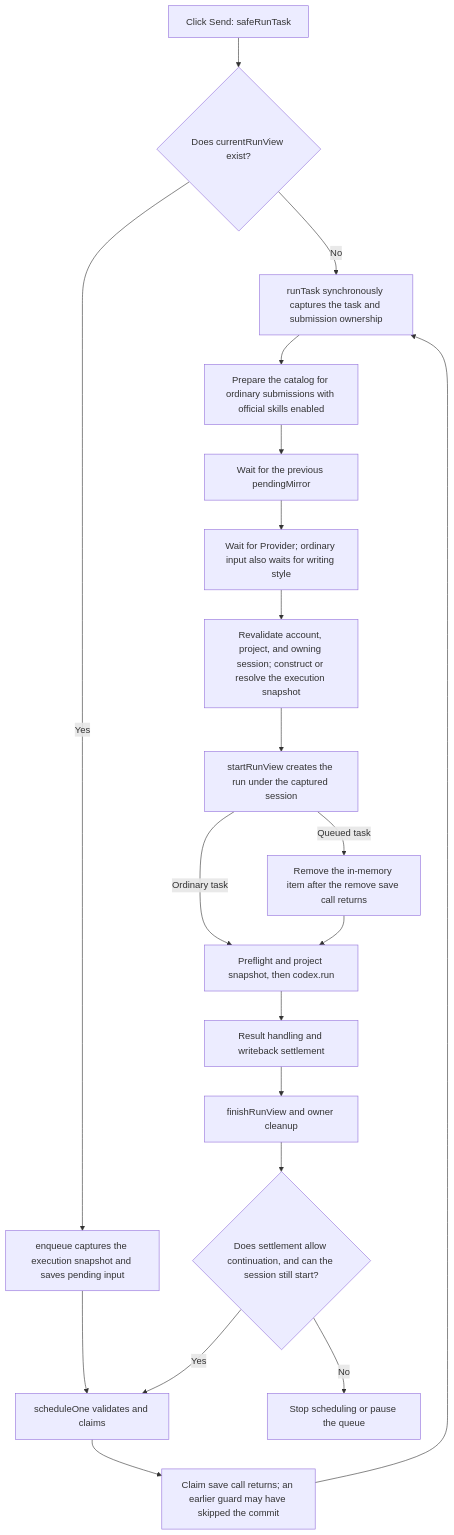
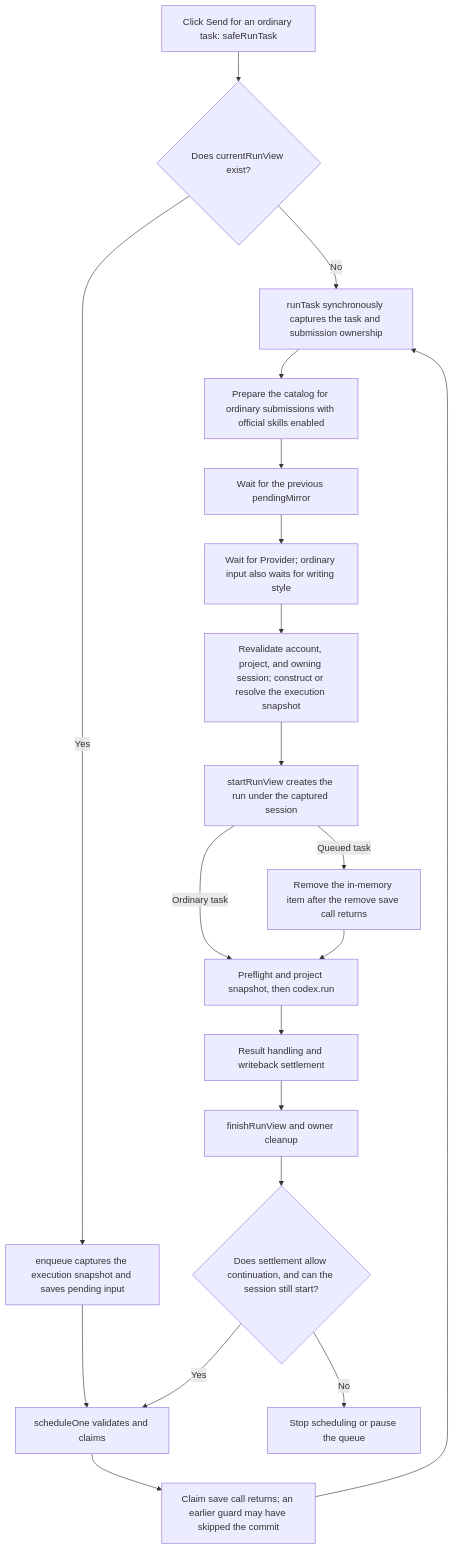
The diagram in docs/architecture/run-state-and-recovery.md (Ghqqqq/codex-overleaf-link), drawn with Mermaid before and after one commit. The commit also changed other lines of this file and 11 other files, not shown here.

````diff
--- a/docs/architecture/run-state-and-recovery.md
+++ b/docs/architecture/run-state-and-recovery.md
@@ -51,22 +51,22 @@
 ```mermaid
 flowchart TD
-  A[Click Send: safeRunTask] --> B{Does currentRunView exist?}
+  A[Click Send for an ordinary task: safeRunTask] --> B{Does currentRunView exist?}
   B -->|No| C[runTask synchronously captures the task and submission ownership]
   B -->|Yes| Q[enqueue captures the execution snapshot and saves pending input]
   Q --> R[scheduleOne validates and claims]
   R --> S[Claim save call returns; an earlier guard may have skipped the commit]
   S --> C
   C --> K[Prepare the catalog for ordinary submissions with official skills enabled]
   K --> M[Wait for the previous pendingMirror]
   M --> L[Wait for Provider; ordinary input also waits for writing style]
   L --> I[Revalidate account, project, and owning session; construct or resolve the execution snapshot]
   I --> V[startRunView creates the run under the captured session]
   V -->|Queued task| P[Remove the in-memory item after the remove save call returns]
   V -->|Ordinary task| N[Preflight and project snapshot, then codex.run]
   P --> N
   N --> W[Result handling and writeback settlement]
   W --> T[finishRunView and owner cleanup]
   T --> U{Does settlement allow continuation, and can the session still start?}
   U -->|Yes| R
   U -->|No| X[Stop scheduling or pause the queue]
 ```
````
